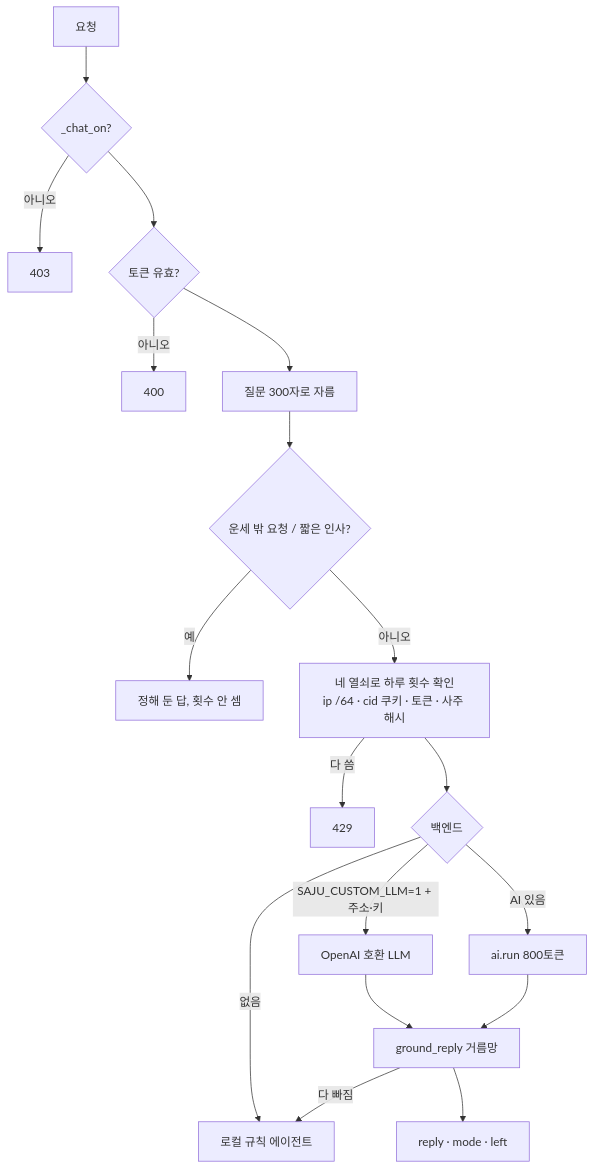
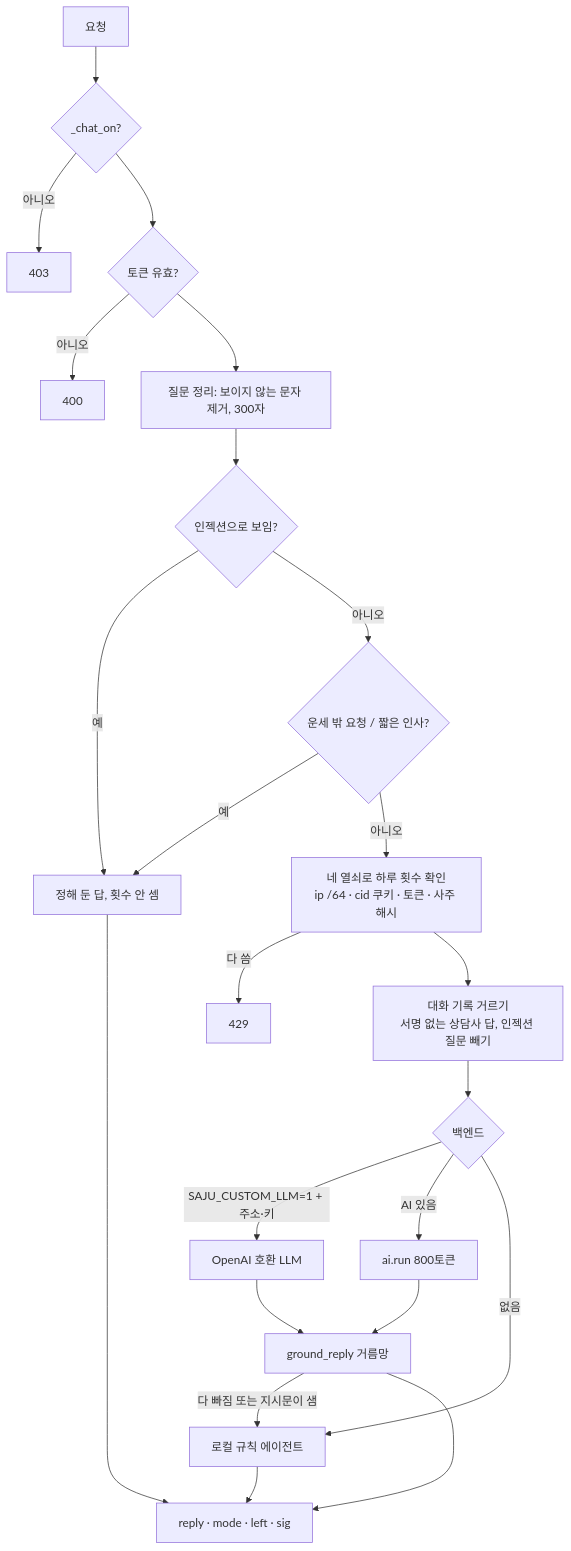
The fourth of 4 diagrams in docs/SDD.md (seungwook-kim/saju-agent), drawn with Mermaid before and after one commit. The commit also changed other lines of this file and 8 other files, not shown here.

````diff
--- a/docs/SDD.md
+++ b/docs/SDD.md
@@ -151,20 +151,25 @@
 ```mermaid
 flowchart TD
   A[요청] --> B{_chat_on?}
   B -->|아니오| X403[403]
   B --> C{토큰 유효?}
   C -->|아니오| X400[400]
-  C --> D[질문 300자로 자름]
-  D --> E{운세 밖 요청 / 짧은 인사?}
-  E -->|예| F[정해 둔 답, 횟수 안 셈]
+  C --> D[질문 정리: 보이지 않는 문자 제거, 300자]
+  D --> INJ{인젝션으로 보임?}
+  INJ -->|예| F[정해 둔 답, 횟수 안 셈]
+  INJ -->|아니오| E{운세 밖 요청 / 짧은 인사?}
+  E -->|예| F
   E -->|아니오| G[네 열쇠로 하루 횟수 확인<br/>ip /64 · cid 쿠키 · 토큰 · 사주 해시]
   G -->|다 씀| X429[429]
-  G --> H{백엔드}
+  G --> HS[대화 기록 거르기<br/>서명 없는 상담사 답, 인젝션 질문 빼기]
+  HS --> H{백엔드}
   H -->|SAJU_CUSTOM_LLM=1 + 주소·키| I[OpenAI 호환 LLM]
   H -->|AI 있음| J[ai.run 800토큰]
   H -->|없음| K[로컬 규칙 에이전트]
   I --> L[ground_reply 거름망]
   J --> L
-  L -->|다 빠짐| K
-  L --> OUT[reply · mode · left]
+  L -->|다 빠짐 또는 지시문이 샘| K
+  L --> OUT[reply · mode · left · sig]
+  K --> OUT
+  F --> OUT
 ```
````
